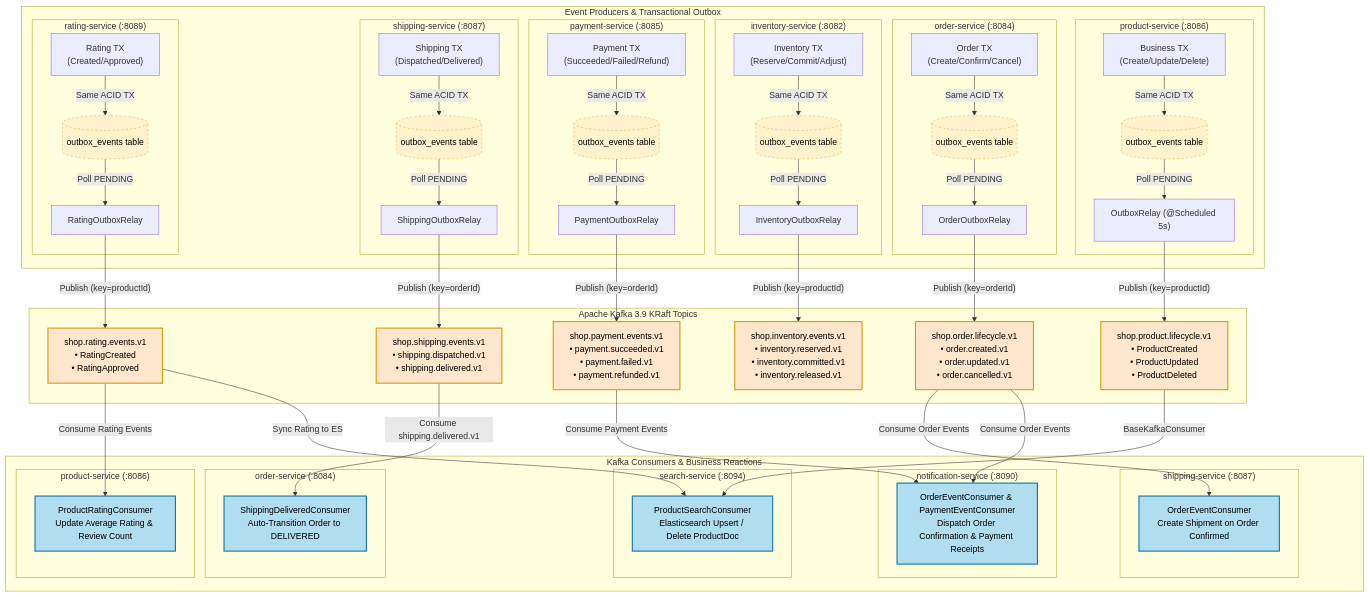
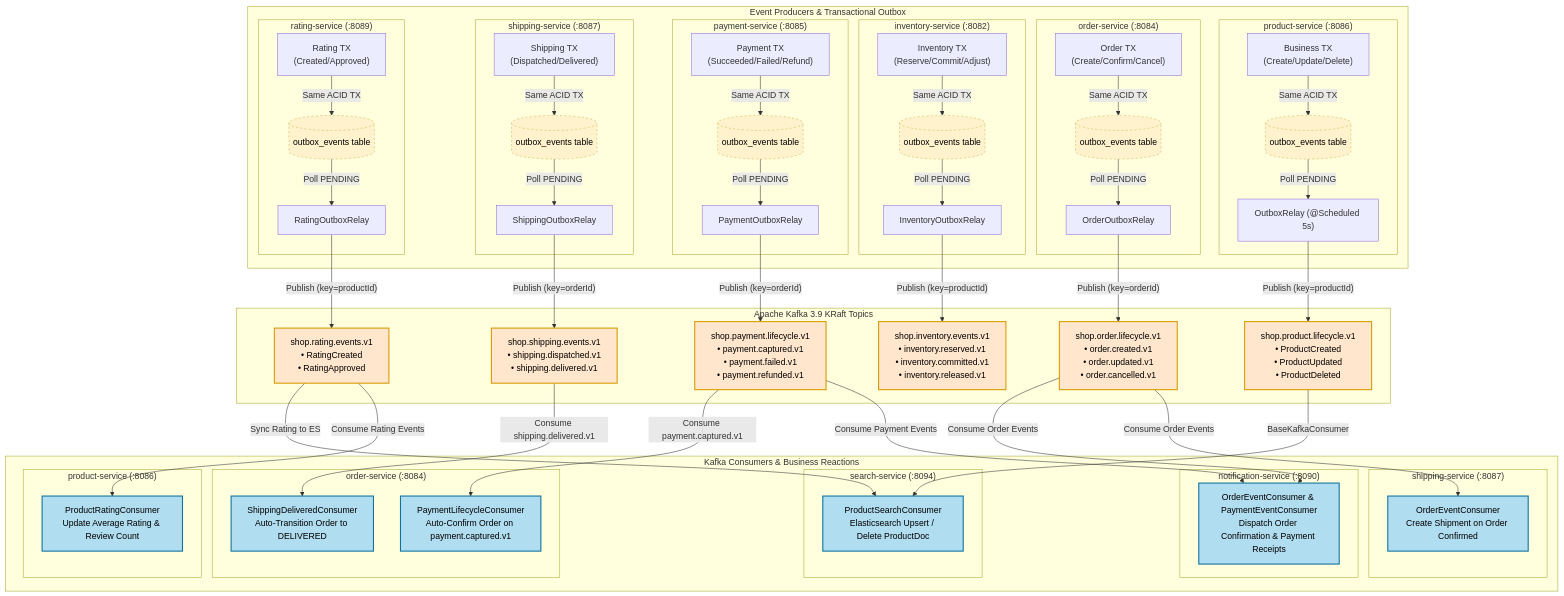
The second of 5 diagrams in docs/FULL-ARCHITECTURE.md (tonminhce/petproject), drawn with Mermaid before and after one commit. The commit also changed other lines of this file and 17 other files, not shown here.

Commit message:
docs(arch): synchronize architecture diagrams, event topics, endpoints & saga flows

```diff
--- a/docs/FULL-ARCHITECTURE.md
+++ b/docs/FULL-ARCHITECTURE.md
@@ -202,7 +202,7 @@
         T_PRD["shop.product.lifecycle.v1<br/>• ProductCreated<br/>• ProductUpdated<br/>• ProductDeleted"]:::topicClass
         T_ORD["shop.order.lifecycle.v1<br/>• order.created.v1<br/>• order.updated.v1<br/>• order.cancelled.v1"]:::topicClass
         T_INV["shop.inventory.events.v1<br/>• inventory.reserved.v1<br/>• inventory.committed.v1<br/>• inventory.released.v1"]:::topicClass
-        T_PAY["shop.payment.events.v1<br/>• payment.succeeded.v1<br/>• payment.failed.v1<br/>• payment.refunded.v1"]:::topicClass
+        T_PAY["shop.payment.lifecycle.v1<br/>• payment.captured.v1<br/>• payment.failed.v1<br/>• payment.refunded.v1"]:::topicClass
         T_SHP["shop.shipping.events.v1<br/>• shipping.dispatched.v1<br/>• shipping.delivered.v1"]:::topicClass
         T_RTG["shop.rating.events.v1<br/>• RatingCreated<br/>• RatingApproved"]:::topicClass
     end
@@ -218,6 +218,7 @@
 
         subgraph C_ORDER ["order-service (:8084)"]
             C_ORD_LST["ShippingDeliveredConsumer<br/>Auto-Transition Order to DELIVERED"]:::subClass
+            C_ORD_PAY["PaymentLifecycleConsumer<br/>Auto-Confirm Order on payment.captured.v1"]:::subClass
         end
 
         subgraph C_NOTIF ["notification-service (:8090)"]
@@ -242,6 +243,7 @@
     T_ORD -->|"Consume Order Events"| C_SHP_LST
     T_ORD -->|"Consume Order Events"| C_NOTIF_LST
     T_PAY -->|"Consume Payment Events"| C_NOTIF_LST
+    T_PAY -->|"Consume payment.captured.v1"| C_ORD_PAY
     T_SHP -->|"Consume shipping.delivered.v1"| C_ORD_LST
     T_RTG -->|"Consume Rating Events"| C_PRD_LST
     T_RTG -->|"Sync Rating to ES"| C_SEARCH_LST
```
